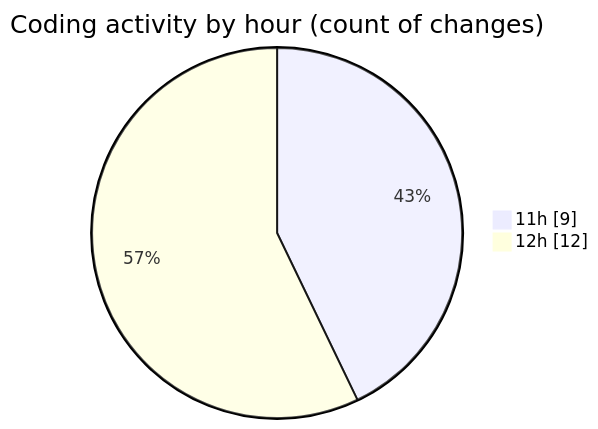
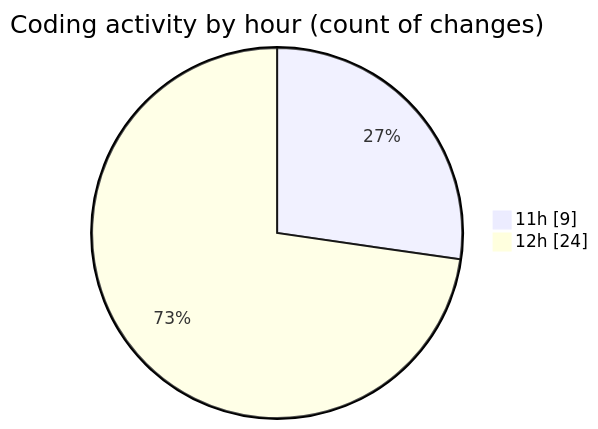
One commit to nxtqubesakshisongat/code-tracking changed the second of 2 diagrams in 2026-08-23/nxtqube_webapp/README.md. Above: the diagram before and after it, drawn with Mermaid. The commit also changed other lines of this file and 1 other file, not shown here.

````diff
--- a/2026-08-23/nxtqube_webapp/README.md
+++ b/2026-08-23/nxtqube_webapp/README.md
@@ -35,6 +39,6 @@
 ```mermaid
 pie showData
 title Coding activity by hour (count of changes)
 "11h" : 9
-"12h" : 12
+"12h" : 24
 ```
````
